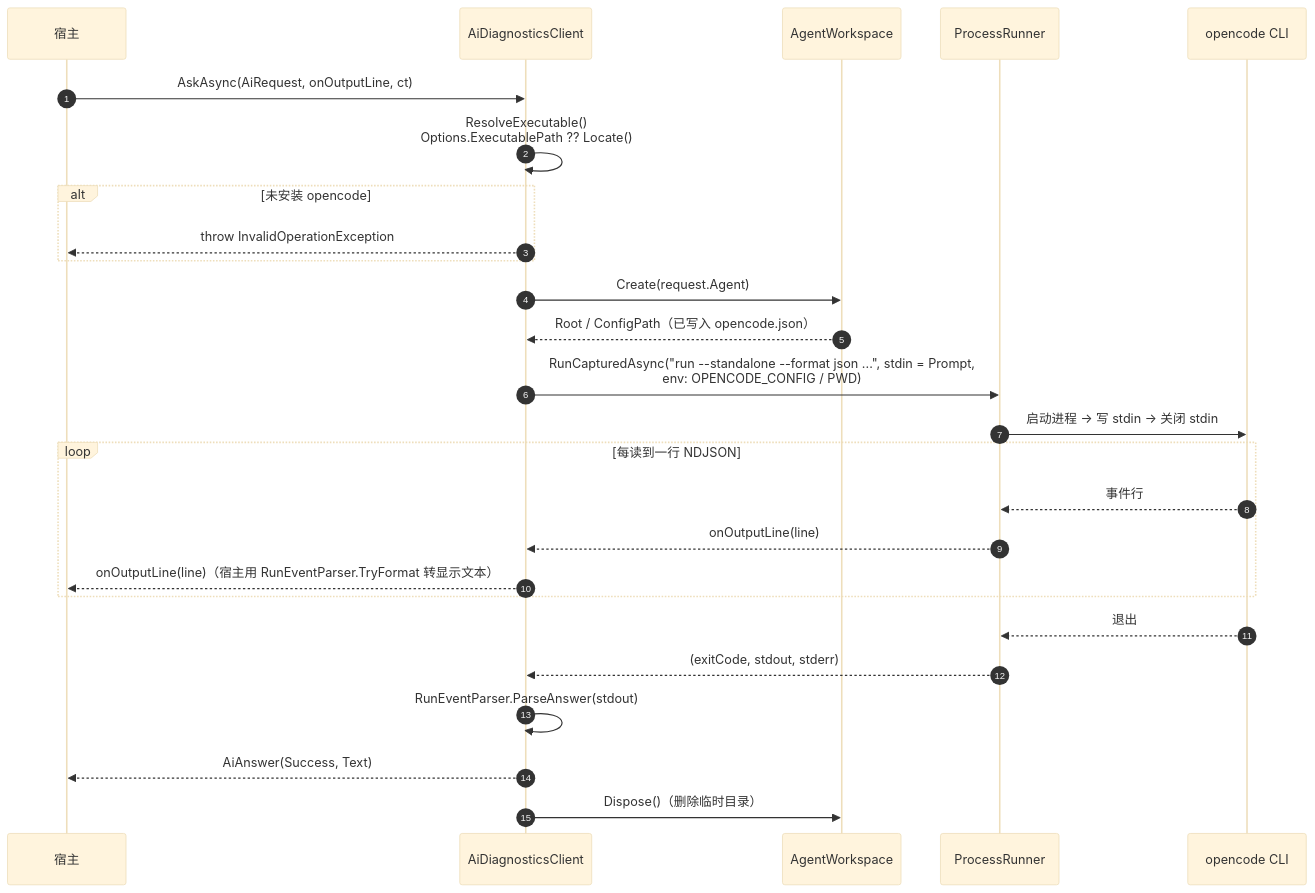
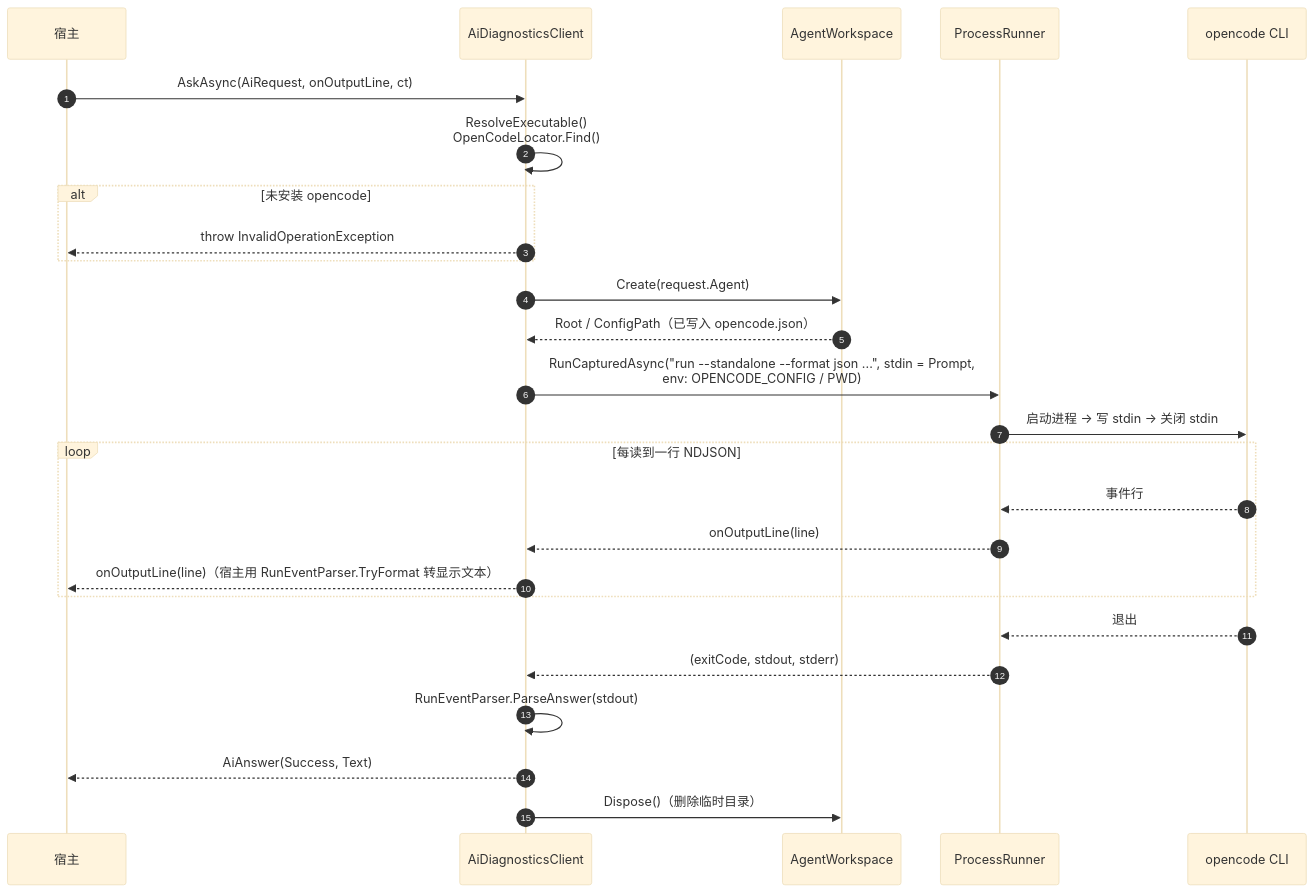
Before and after one commit to self-exiler/SongYueLauncher: the second of 2 diagrams in src/AiDiagnostics/README.md, drawn with Mermaid (base theme). The commit also changed other lines of this file and 26 other files, not shown here.

````diff
--- a/src/AiDiagnostics/README.md
+++ b/src/AiDiagnostics/README.md
@@ -374,29 +340,29 @@
 ```mermaid
 sequenceDiagram
     autonumber
     participant H as 宿主
     participant C as AiDiagnosticsClient
     participant W as AgentWorkspace
     participant P as ProcessRunner
     participant O as opencode CLI
 
     H->>C: AskAsync(AiRequest, onOutputLine, ct)
-    C->>C: ResolveExecutable()<br/>Options.ExecutablePath ?? Locate()
+    C->>C: ResolveExecutable()<br/>OpenCodeLocator.Find()
     alt 未安装 opencode
         C-->>H: throw InvalidOperationException
     end
     C->>W: Create(request.Agent)
     W-->>C: Root / ConfigPath（已写入 opencode.json）
     C->>P: RunCapturedAsync("run --standalone --format json ...", stdin = Prompt,<br/>env: OPENCODE_CONFIG / PWD)
     P->>O: 启动进程 → 写 stdin → 关闭 stdin
     loop 每读到一行 NDJSON
         O-->>P: 事件行
         P-->>C: onOutputLine(line)
         C-->>H: onOutputLine(line)（宿主用 RunEventParser.TryFormat 转显示文本）
     end
     O-->>P: 退出
     P-->>C: (exitCode, stdout, stderr)
     C->>C: RunEventParser.ParseAnswer(stdout)
     C-->>H: AiAnswer(Success, Text)
     C->>W: Dispose()（删除临时目录）
 ```
````
